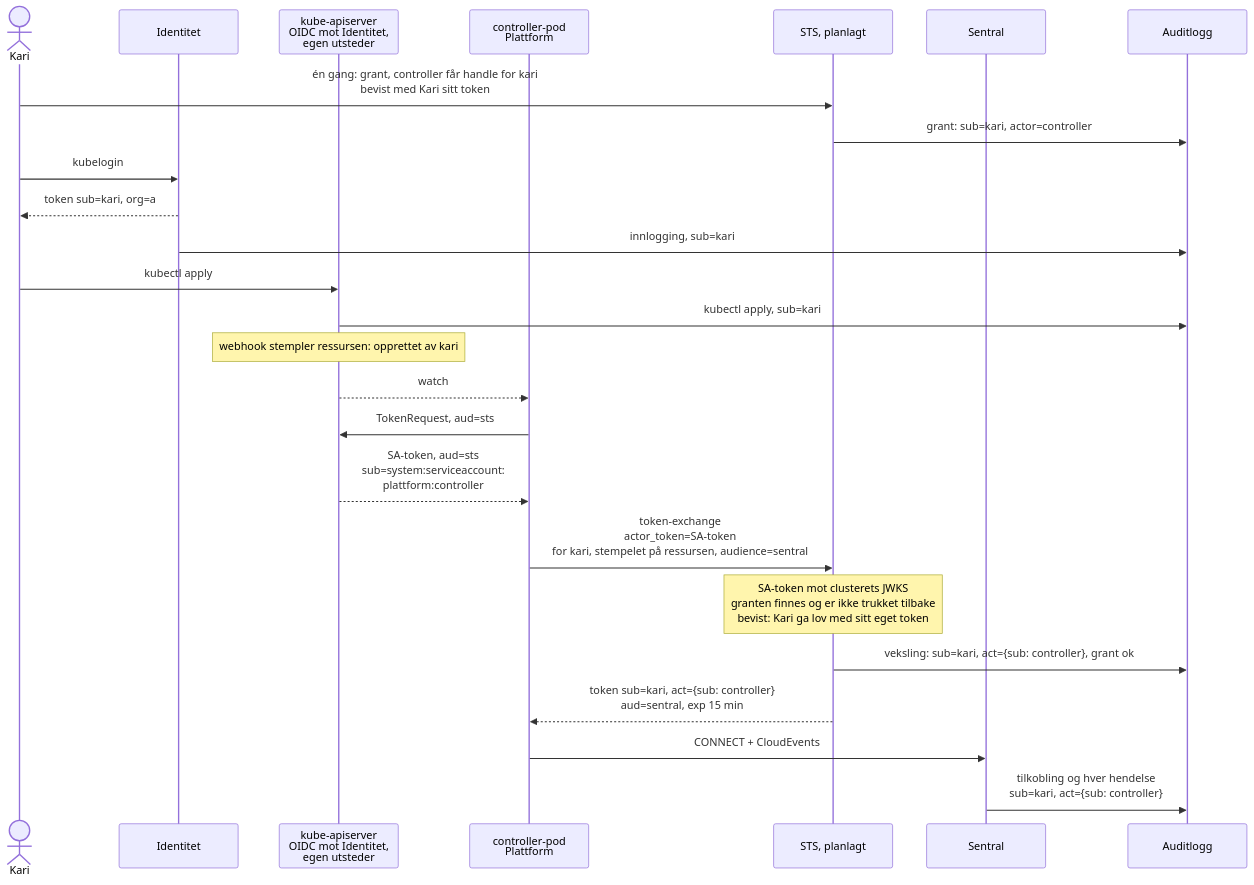
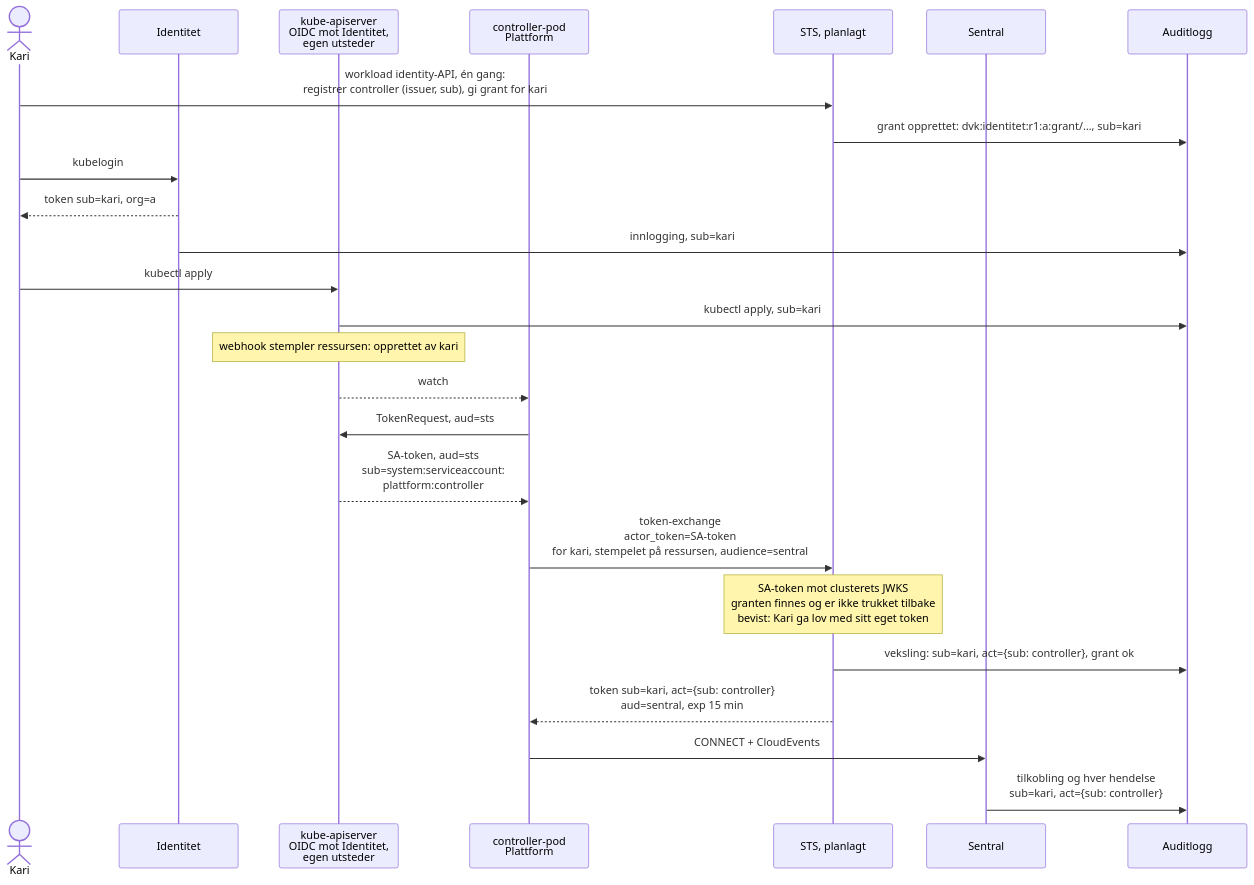
The sixth of 7 diagrams in docs/arrangement/2026-10-14-containerkonferansen/foredrag.md (dataverket-org/org), drawn with Mermaid before and after one commit. The commit also changed other lines of this file and 4 other files, not shown here.

First line of the commit message:
docs/arrangement/containerkonferansen: workload og grant som ressurser i Identitet, med eget API

````diff
--- a/docs/arrangement/2026-10-14-containerkonferansen/foredrag.md
+++ b/docs/arrangement/2026-10-14-containerkonferansen/foredrag.md
@@ -372,28 +373,28 @@
 ```mermaid
 %%{init: {"handDrawnSeed": 1, "sequence": {"width": 175}}}%%
 sequenceDiagram
   actor M as Kari
   participant Z as Identitet
   participant A as kube-apiserver<br/>OIDC mot Identitet,<br/>egen utsteder
   participant PC as controller-pod<br/>Plattform
   participant STS as STS, planlagt
   participant N as Sentral
   participant L as Auditlogg
-  M->>STS: én gang: grant, controller får handle for kari<br/>bevist med Kari sitt token
-  STS->>L: grant: sub=kari, actor=controller
+  M->>STS: workload identity-API, én gang:<br/>registrer controller (issuer, sub), gi grant for kari
+  STS->>L: grant opprettet: dvk:identitet:r1:a:grant/…, sub=kari
   M->>Z: kubelogin
   Z-->>M: token sub=kari, org=a
   Z->>L: innlogging, sub=kari
   M->>A: kubectl apply
   A->>L: kubectl apply, sub=kari
   Note over A: webhook stempler ressursen: opprettet av kari
   A-->>PC: watch
   PC->>A: TokenRequest, aud=sts
   A-->>PC: SA-token, aud=sts<br/>sub=system:serviceaccount:<br/>plattform:controller
   PC->>STS: token-exchange<br/>actor_token=SA-token<br/>for kari, stempelet på ressursen, audience=sentral
   Note over STS: SA-token mot clusterets JWKS<br/>granten finnes og er ikke trukket tilbake<br/>bevist: Kari ga lov med sitt eget token
   STS->>L: veksling: sub=kari, act={sub: controller}, grant ok
   STS-->>PC: token sub=kari, act={sub: controller}<br/>aud=sentral, exp 15 min
   PC->>N: CONNECT + CloudEvents
   N->>L: tilkobling og hver hendelse<br/>sub=kari, act={sub: controller}
 ```
````
